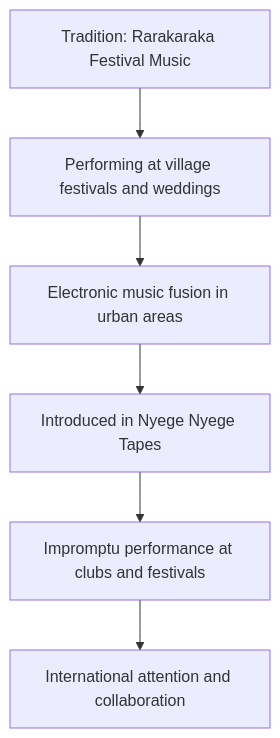
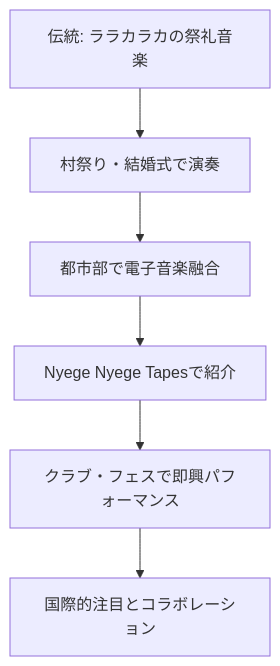
One commit to monumental-movement/monumental-movement.github.io changed the third of 6 diagrams in en/_posts/2025-10-04-Column-Nyege-Nyege.md. Above: the diagram before and after it, drawn with Mermaid. The commit also changed other lines of this file and 2196 other files, not shown here.

```diff
--- a/en/_posts/2025-10-04-Column-Nyege-Nyege.md
+++ b/en/_posts/2025-10-04-Column-Nyege-Nyege.md
@@ -178,10 +177,10 @@
 <div class="mermaid">
 
 flowchart TD
-    A["Tradition: Rarakaraka Festival Music"] --> B["Performing at village festivals and weddings"]
-    B --> C["Electronic music fusion in urban areas"]
-    C --> D["Introduced in Nyege Nyege Tapes"]
-    D --> E["Impromptu performance at clubs and festivals"]
-    E --> F["International attention and collaboration"]
+    A["伝統: ララカラカの祭礼音楽"] --> B["村祭り・結婚式で演奏"]
+    B --> C["都市部で電子音楽融合"]
+    C --> D["Nyege Nyege Tapesで紹介"]
+    D --> E["クラブ・フェスで即興パフォーマンス"]
+    E --> F["国際的注目とコラボレーション"]
 
 </div>
```
